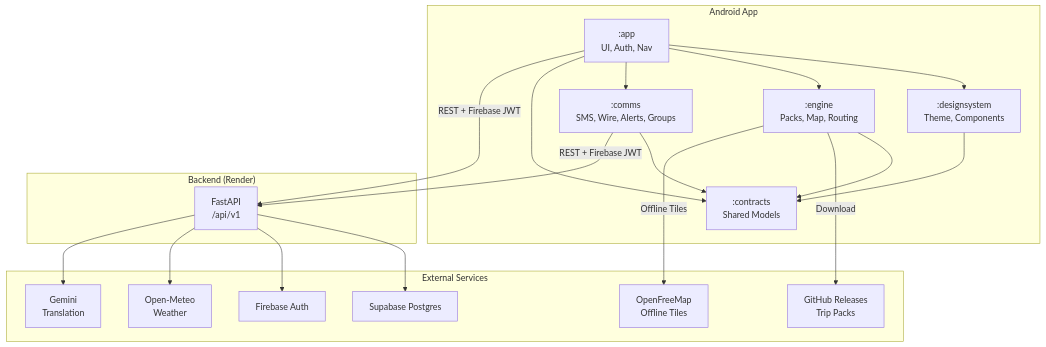
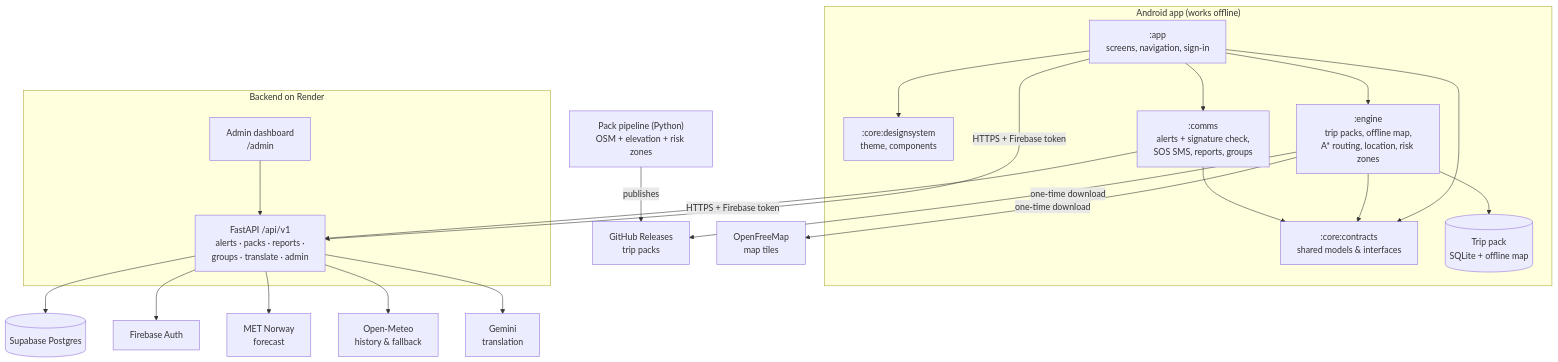
The diagram in README.md (ShyamSharwan007/Sahay), drawn with Mermaid before and after one commit. The commit also changed other lines of this file, not shown here.

````diff
--- a/README.md
+++ b/README.md
@@ -58,40 +144,35 @@
 ```mermaid
 graph TB
-    subgraph "Android App"
-        APP[":app<br>UI, Auth, Nav"]
-        DS[":designsystem<br>Theme, Components"]
-        ENG[":engine<br>Packs, Map, Routing"]
-        COMMS[":comms<br>SMS, Wire, Alerts, Groups"]
-        CONTRACTS[":contracts<br>Shared Models"]
+    subgraph Phone["Android app (works offline)"]
+        APP[":app<br/>screens, navigation, sign-in"]
+        DS[":core:designsystem<br/>theme, components"]
+        ENG[":engine<br/>trip packs, offline map,<br/>A* routing, location, risk zones"]
+        COMMS[":comms<br/>alerts + signature check,<br/>SOS SMS, reports, groups"]
+        CON[":core:contracts<br/>shared models & interfaces"]
+        PACK[("Trip pack<br/>SQLite + offline map")]
     end
 
-    APP --> DS
-    APP --> ENG
-    APP --> COMMS
-    APP --> CONTRACTS
-    ENG --> CONTRACTS
-    COMMS --> CONTRACTS
-    DS --> CONTRACTS
-
-    subgraph "Backend (Render)"
-        API["FastAPI<br>/api/v1"]
+    subgraph Cloud["Backend on Render"]
+        API["FastAPI /api/v1<br/>alerts · packs · reports ·<br/>groups · translate · admin"]
+        ADMIN["Admin dashboard<br/>/admin"]
     end
 
-    subgraph "External Services"
-        FB["Firebase Auth"]
-        SB["Supabase Postgres"]
-        GH["GitHub Releases<br>Trip Packs"]
-        OFM["OpenFreeMap<br>Offline Tiles"]
-        OM["Open-Meteo<br>Weather"]
-        GEM["Gemini<br>Translation"]
-    end
+    APP --> DS & ENG & COMMS & CON
+    ENG --> CON
+    COMMS --> CON
+    ENG --> PACK
 
-    APP -- "REST + Firebase JWT" --> API
-    COMMS -- "REST + Firebase JWT" --> API
-    API --> SB
-    API --> FB
-    API --> OM
-    API --> GEM
-    ENG -- "Download" --> GH
-    ENG -- "Offline Tiles" --> OFM
+    APP -- "HTTPS + Firebase token" --> API
+    COMMS -- "HTTPS + Firebase token" --> API
+    ADMIN --> API
+
+    API --> PG[("Supabase Postgres")]
+    API --> FB["Firebase Auth"]
+    API --> MET["MET Norway<br/>forecast"]
+    API --> OM["Open-Meteo<br/>history & fallback"]
+    API --> GEM["Gemini<br/>translation"]
+    ENG -- "one-time download" --> GH["GitHub Releases<br/>trip packs"]
+    ENG -- "one-time download" --> OFM["OpenFreeMap<br/>map tiles"]
+
+    PIPE["Pack pipeline (Python)<br/>OSM + elevation + risk zones"] -- publishes --> GH
 ```
````
